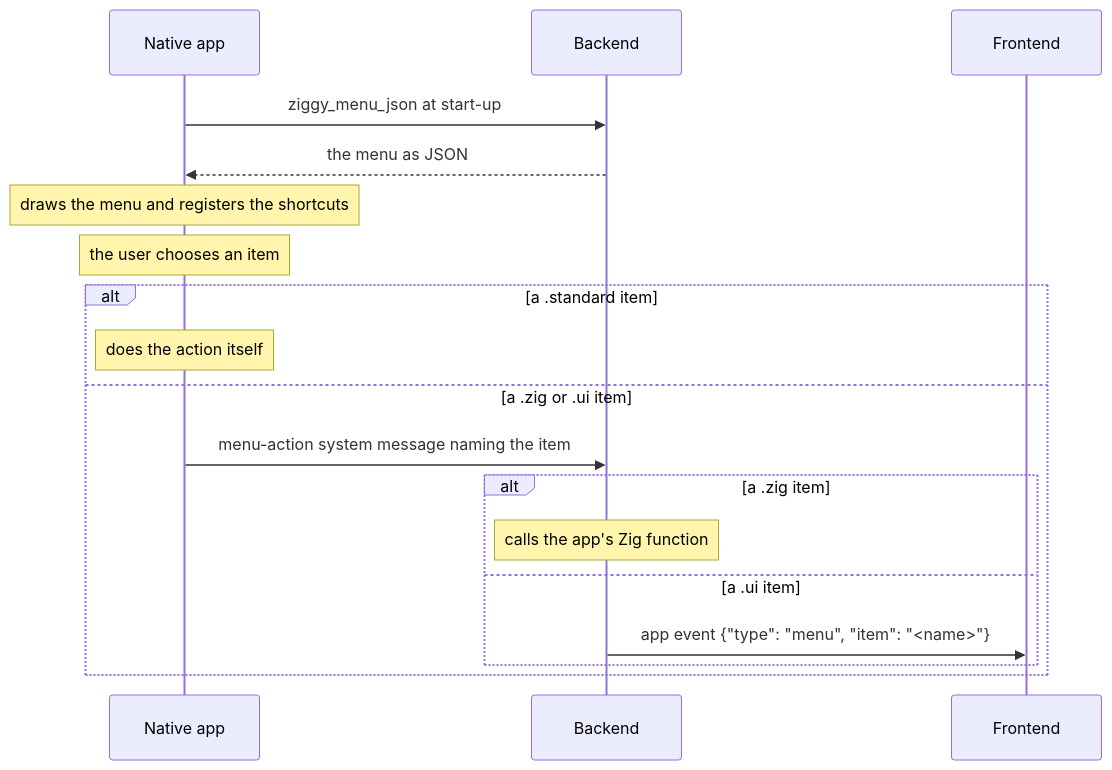
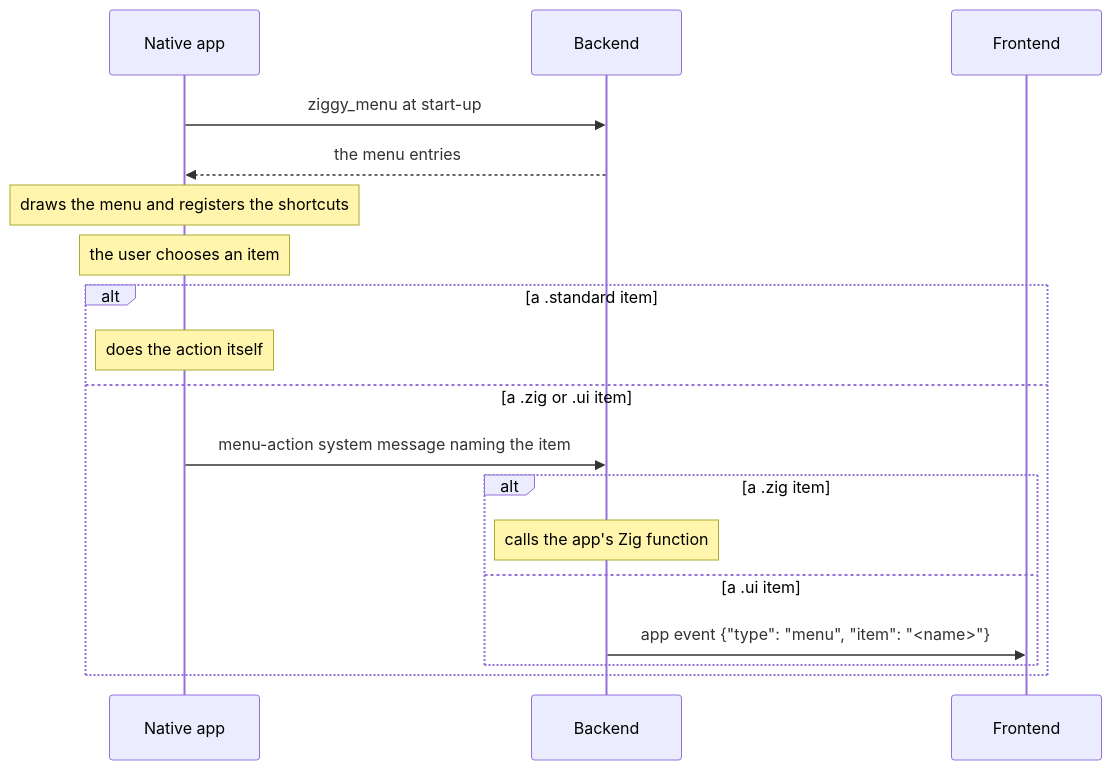
One commit to ashleydavis/ziggy changed the diagram in docs/user-guide/menus.md. Above: the diagram before and after it, drawn with Mermaid. The commit also changed other lines of this file and 79 other files, not shown here.

````diff
--- a/docs/user-guide/menus.md
+++ b/docs/user-guide/menus.md
@@ -11,20 +11,20 @@
 ```mermaid
 sequenceDiagram
     participant NativeApp as Native app
     participant Backend
     participant UI as Frontend
-    NativeApp->>Backend: ziggy_menu_json at start-up
-    Backend-->>NativeApp: the menu as JSON
+    NativeApp->>Backend: ziggy_menu at start-up
+    Backend-->>NativeApp: the menu entries
     Note over NativeApp: draws the menu and registers the shortcuts
     Note over NativeApp: the user chooses an item
     alt a .standard item
         Note over NativeApp: does the action itself
     else a .zig or .ui item
         NativeApp->>Backend: menu-action system message naming the item
         alt a .zig item
             Note over Backend: calls the app's Zig function
         else a .ui item
             Backend->>UI: app event {"type": "menu", "item": "<name>"}
         end
     end
 ```
````
